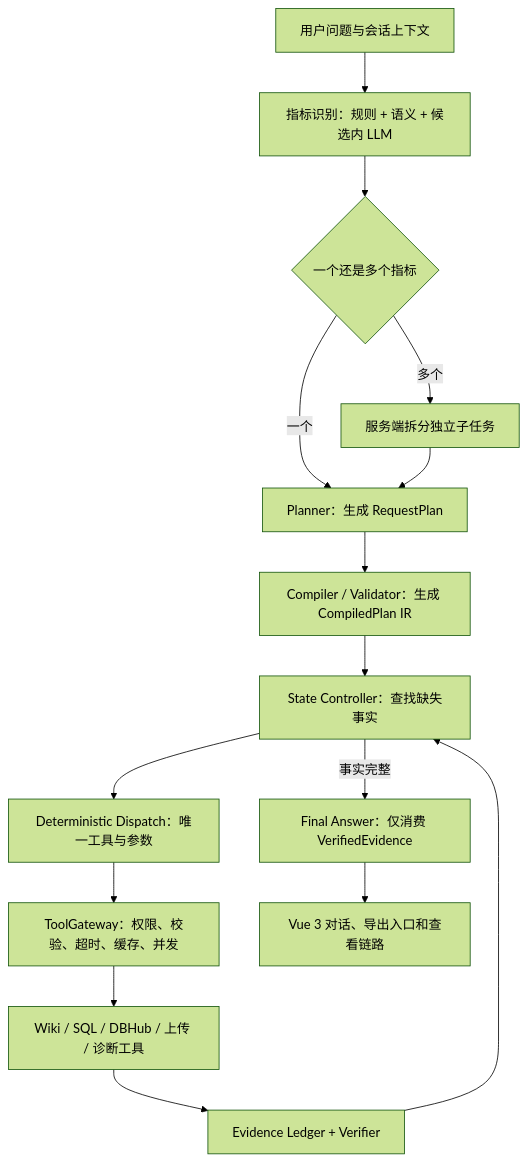
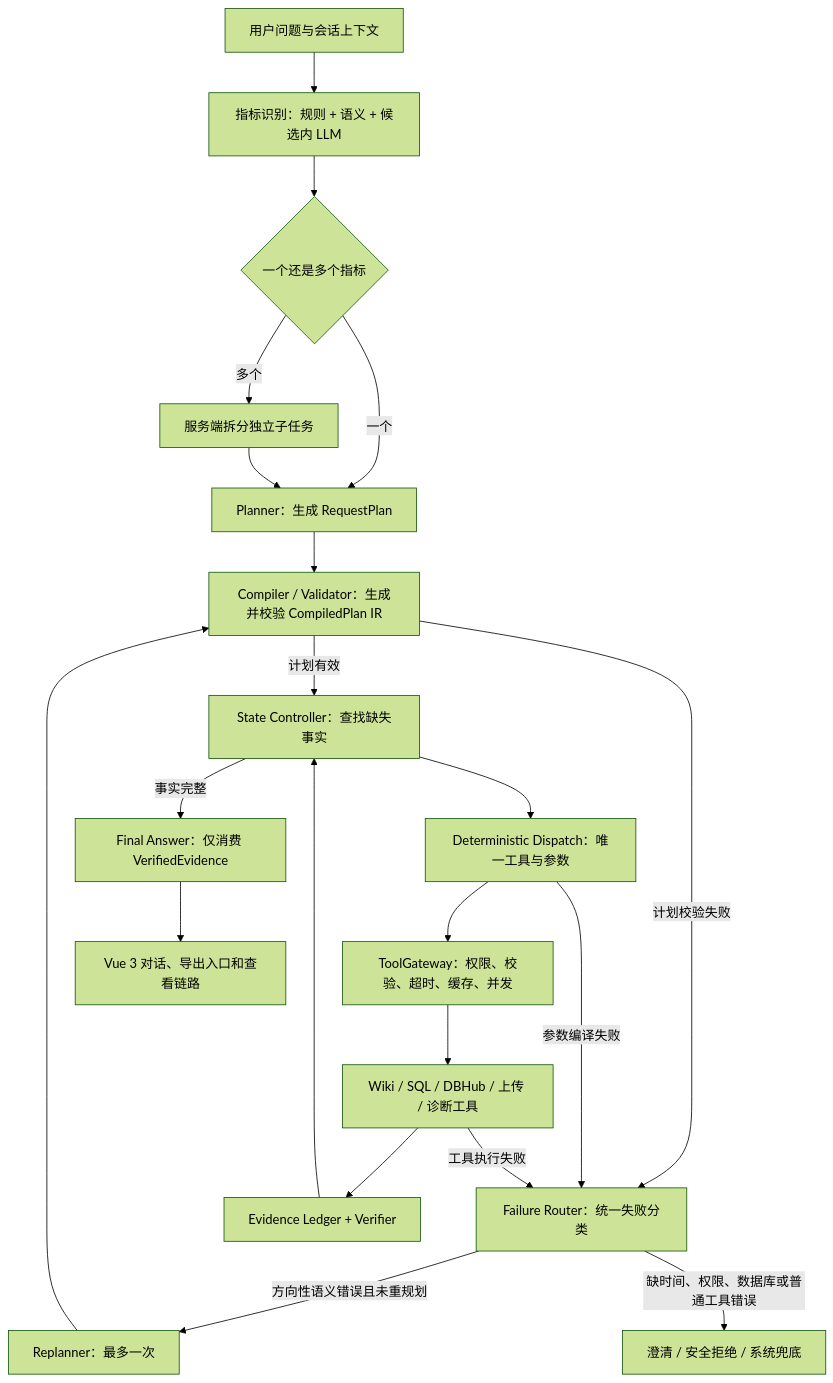
Before and after one commit to KK456701/wiki-project: the diagram in README.md, drawn with Mermaid (forest theme). The commit also changed 10 other files, not shown here.

````diff
--- a/README.md
+++ b/README.md
@@ -37,17 +37,23 @@
 ```mermaid
 flowchart TD
     U["用户问题与会话上下文"] --> R["指标识别：规则 + 语义 + 候选内 LLM"]
     R --> S{"一个还是多个指标"}
     S -->|多个| C["服务端拆分独立子任务"]
     S -->|一个| P["Planner：生成 RequestPlan"]
     C --> P
-    P --> IR["Compiler / Validator：生成 CompiledPlan IR"]
-    IR --> SC["State Controller：查找缺失事实"]
+    P --> IR["Compiler / Validator：生成并校验 CompiledPlan IR"]
+    IR -->|计划有效| SC["State Controller：查找缺失事实"]
+    IR -->|计划校验失败| FR["Failure Router：统一失败分类"]
     SC --> D["Deterministic Dispatch：唯一工具与参数"]
     D --> G["ToolGateway：权限、校验、超时、缓存、并发"]
     G --> T["Wiki / SQL / DBHub / 上传 / 诊断工具"]
     T --> E["Evidence Ledger + Verifier"]
     E --> SC
+    D -->|参数编译失败| FR
+    T -->|工具执行失败| FR
+    FR -->|方向性语义错误且未重规划| RP["Replanner：最多一次"]
+    RP --> IR
+    FR -->|缺时间、权限、数据库或普通工具错误| FB["澄清 / 安全拒绝 / 系统兜底"]
     SC -->|事实完整| F["Final Answer：仅消费 VerifiedEvidence"]
     F --> V["Vue 3 对话、导出入口和查看链路"]
 ```
````
